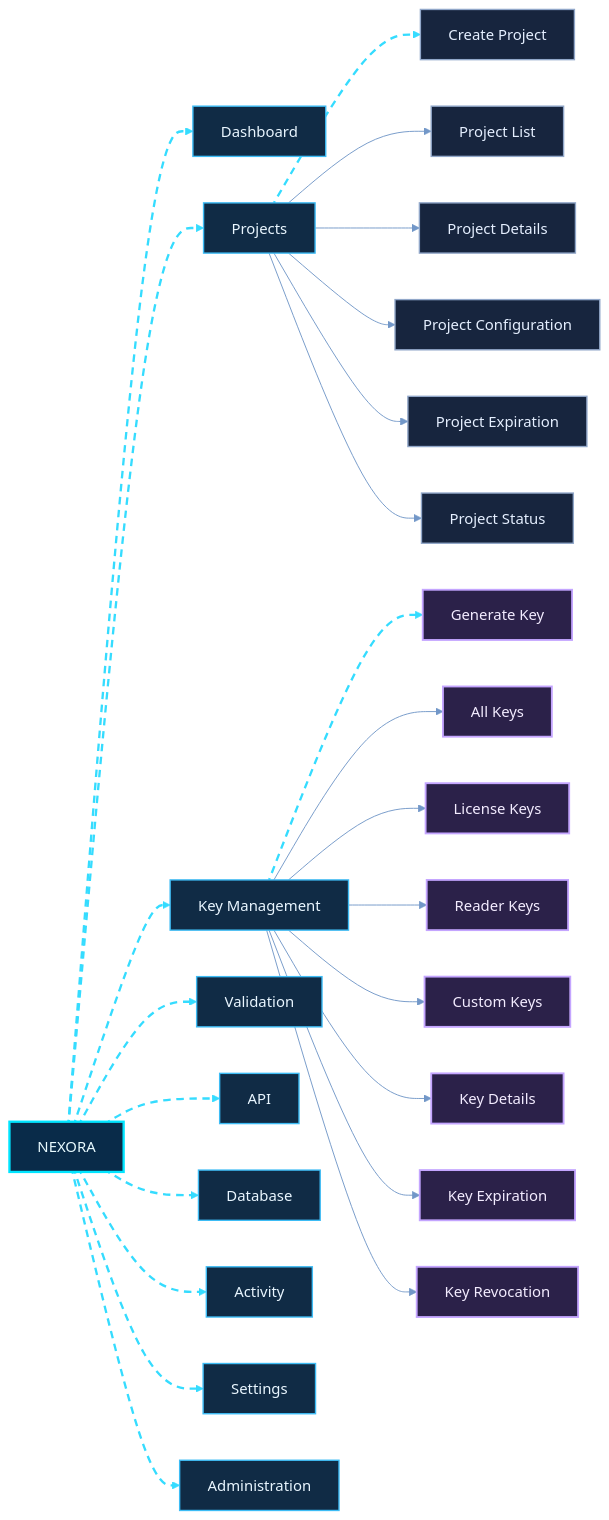
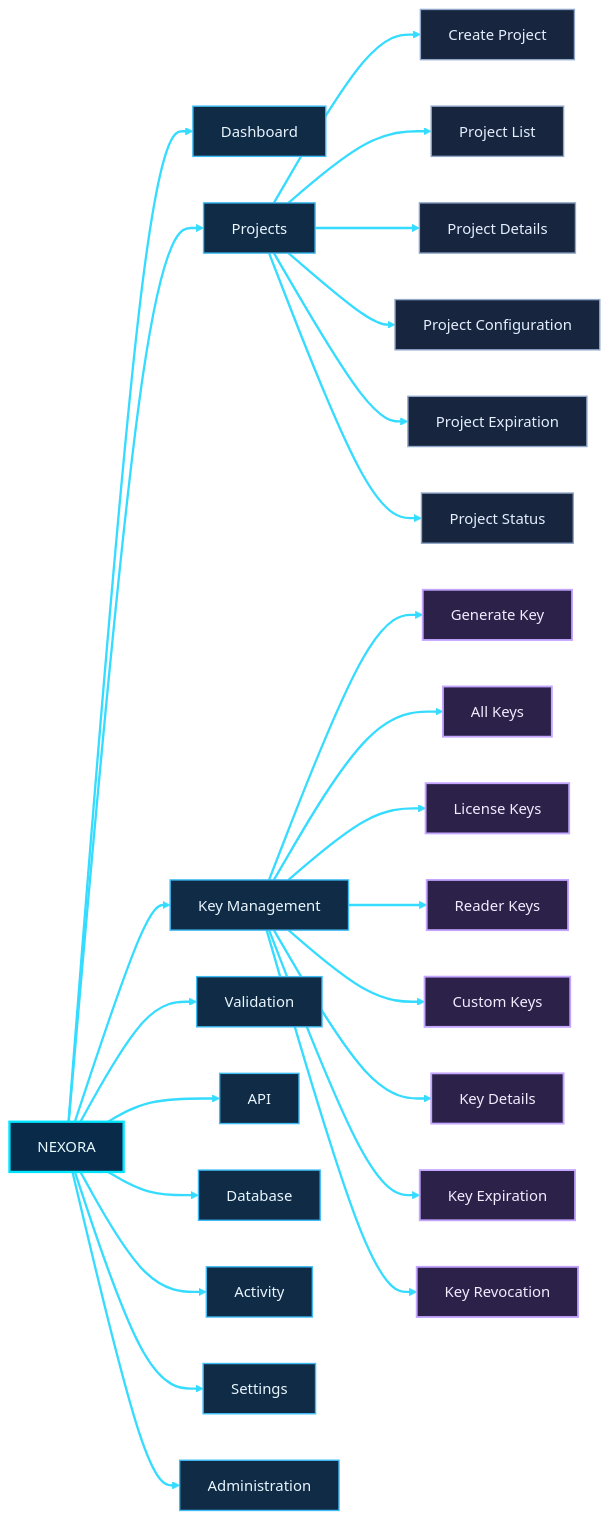
The fifth of 23 diagrams in README.md (shajeduzzamanenan992008inc/NexOra-Database-key-Gen), drawn with Mermaid before and after one commit. The commit also changed other lines of this file, not shown here.

````diff
--- a/README.md
+++ b/README.md
@@ -629,48 +625,47 @@
 ```mermaid
 %%{init: {"theme":"base","themeVariables":{"darkMode":true,"background":"#07111f","primaryColor":"#102744","primaryTextColor":"#e8f7ff","primaryBorderColor":"#00d9ff","lineColor":"#7297c8","secondaryColor":"#261d45","secondaryTextColor":"#f3eaff","secondaryBorderColor":"#a78bfa","tertiaryColor":"#12332b","tertiaryTextColor":"#e0fff1","tertiaryBorderColor":"#41e6a2","fontFamily":"Inter, Segoe UI, sans-serif","edgeLabelBackground":"#101d34","mainBkg":"#102744","nodeBorder":"#00d9ff","clusterBkg":"#0b1930","clusterBorder":"#6f7dff","actorBkg":"#102744","actorBorder":"#00d9ff","actorTextColor":"#e8f7ff","signalColor":"#64d8ff","signalTextColor":"#e8f7ff","noteBkgColor":"#0e332b","noteBorderColor":"#41e6a2","noteTextColor":"#e0fff1"}}}%%
 flowchart LR
-    NX["NEXORA"] nx05e01@--> N1["Dashboard"]
-    NX nx05e02@--> N2["Projects"]
-    NX nx05e03@--> N3["Key Management"]
-    NX nx05e04@--> N4["Validation"]
-    NX nx05e05@--> N5["API"]
-    NX nx05e06@--> N6["Database"]
-    NX nx05e07@--> N7["Activity"]
-    NX nx05e08@--> N8["Settings"]
-    NX nx05e09@--> N9["Administration"]
+    NX["NEXORA"] --> N1["Dashboard"]
+    NX --> N2["Projects"]
+    NX --> N3["Key Management"]
+    NX --> N4["Validation"]
+    NX --> N5["API"]
+    NX --> N6["Database"]
+    NX --> N7["Activity"]
+    NX --> N8["Settings"]
+    NX --> N9["Administration"]
 
-    N2 nx05e10@--> P1["Create Project"]
+    N2 --> P1["Create Project"]
     N2 --> P2["Project List"]
     N2 --> P3["Project Details"]
     N2 --> P4["Project Configuration"]
     N2 --> P5["Project Expiration"]
     N2 --> P6["Project Status"]
 
-    N3 nx05e11@--> K1["Generate Key"]
+    N3 --> K1["Generate Key"]
     N3 --> K2["All Keys"]
     N3 --> K3["License Keys"]
     N3 --> K4["Reader Keys"]
     N3 --> K5["Custom Keys"]
     N3 --> K6["Key Details"]
     N3 --> K7["Key Expiration"]
     N3 --> K8["Key Revocation"]
 
-    %% OMEGA NEX-ORA visual classes
     %% OMEGA NEX-ORA / ULTRA NEON PALETTE
     classDef nxCore fill:#092b49,stroke:#00e5ff,stroke-width:2.5px,color:#e9fbff;
     classDef nxProcess fill:#102b45,stroke:#3dbcf5,stroke-width:1.5px,color:#e9f6ff;
     classDef nxDecision fill:#2b2050,stroke:#b38cff,stroke-width:2px,color:#f3edff;
     classDef nxSuccess fill:#0d3b2c,stroke:#3fffa0,stroke-width:2px,color:#e0fff0;
     classDef nxDanger fill:#451d30,stroke:#ff6688,stroke-width:2px,color:#fff0f3;
     classDef nxData fill:#12352d,stroke:#63e6be,stroke-width:2px,color:#e1fff5;
     classDef nxExternal fill:#2b2149,stroke:#c4a5ff,stroke-width:2px,color:#f3ecff;
     classDef nxInfo fill:#17253e,stroke:#91a7c9,stroke-width:1.5px,color:#e5efff;
     classDef nxWarning fill:#453116,stroke:#fbbf24,stroke-width:2px,color:#fff6d6;
-    %% Moving dashed route: Mermaid applies this class to explicitly identified edges.
-    classDef nxAnimated stroke:#35dcff,stroke-width:2.5px,stroke-dasharray:8\,6,stroke-dashoffset:1000,animation:dash 24s linear infinite;
     class NX nxCore;
     class N1,N2,N3,N4,N5,N6,N7,N8,N9 nxProcess;
     class P1,P2,P3,P4,P5,P6 nxInfo;
     class K1,K2,K3,K4,K5,K6,K7,K8 nxExternal;
-    class nx05e01,nx05e02,nx05e03,nx05e04,nx05e05,nx05e06,nx05e07,nx05e08,nx05e09,nx05e10,nx05e11 nxAnimated;
+
+    %% Animated primary paths using Mermaid linkStyle (no edge-ID parser required)
+    linkStyle default stroke:#35dcff,stroke-width:2.5px,stroke-dasharray:8\,6,stroke-dashoffset:1000,animation:dash 24s linear infinite;
 ```
````
